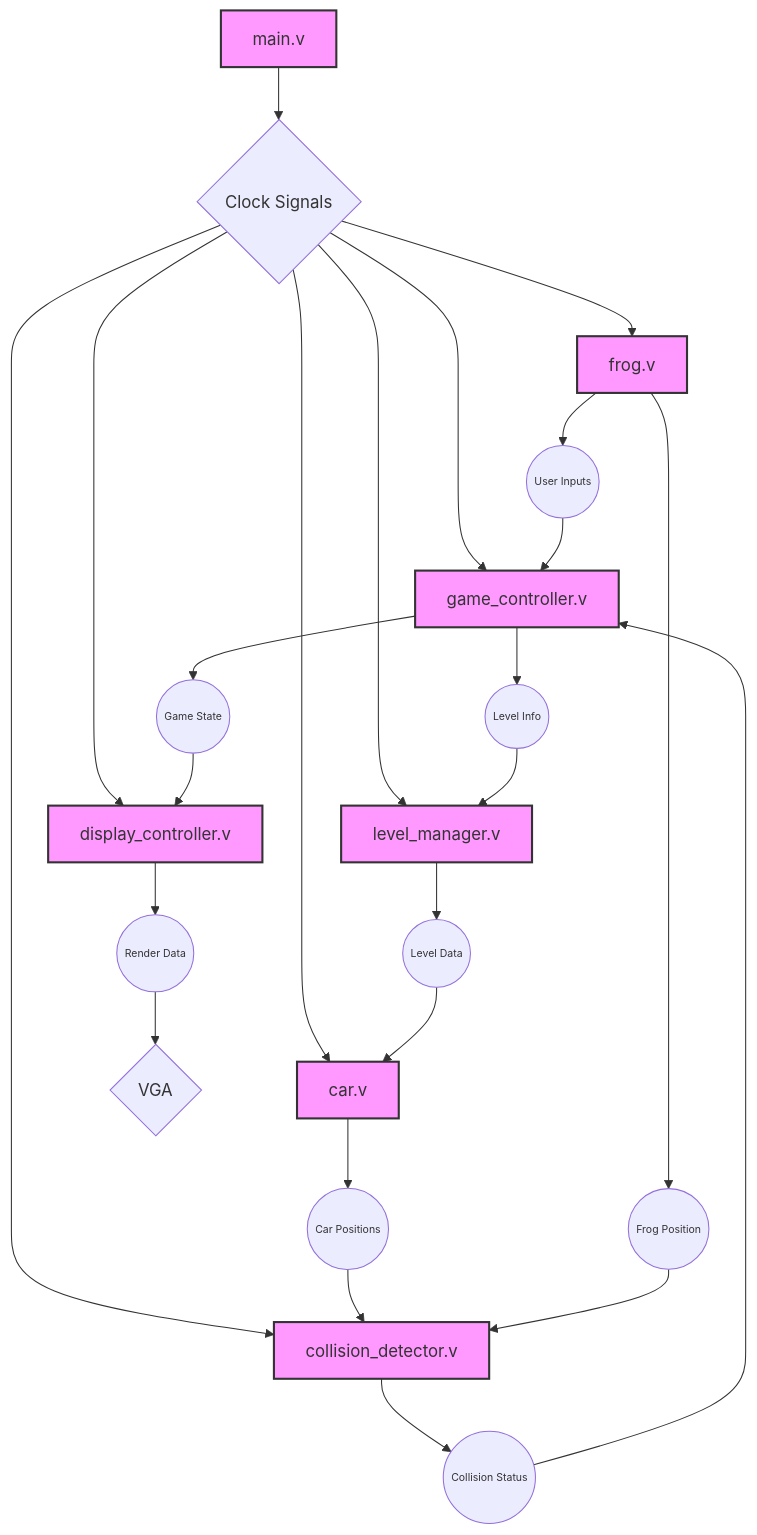
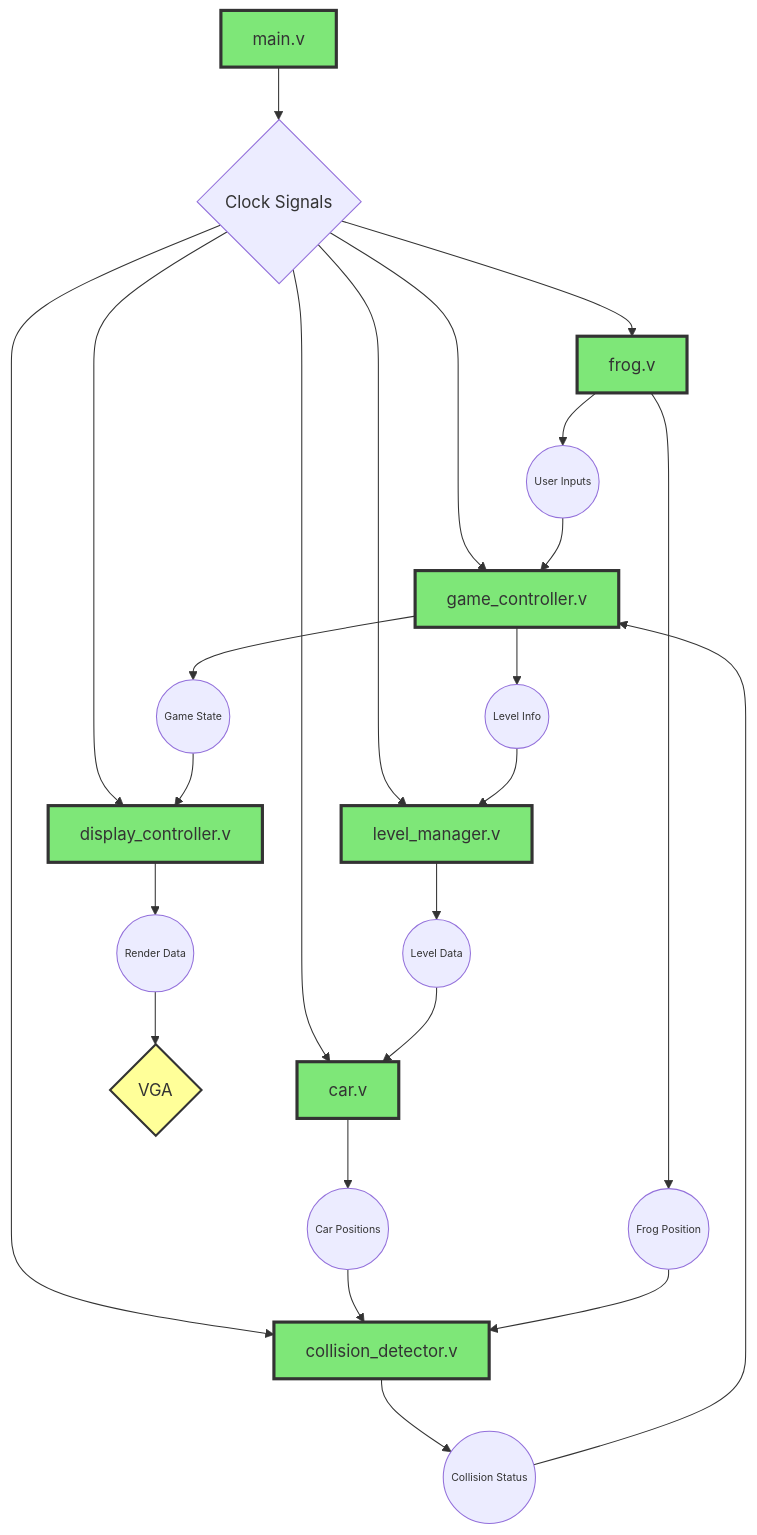
Before and after one commit to algosup/2024-2025-project-1-fpga-team-5: the diagram in Specification/Technical/TechnicalSpecification.md, drawn with Mermaid. The commit also changed other lines of this file, not shown here.

````diff
--- a/Specification/Technical/TechnicalSpecification.md
+++ b/Specification/Technical/TechnicalSpecification.md
@@ -257,21 +259,22 @@
 ```mermaid
-      graph TD;
-            A[main.v]:::highlight -->B{Clock Signals} --> C[frog.v]:::highlight;
-            B{Clock Signals} --> D[car.v]:::highlight;
-            B{Clock Signals} --> E[game_controller.v]:::highlight;
-            B{Clock Signals} --> F[display_controller.v]:::highlight;
-            B{Clock Signals} --> G[collision_detector.v]:::highlight;
-            B{Clock Signals} --> H[level_manager.v]:::highlight;
+graph TD;
+      A[main.v]:::highlight -->B{Clock Signals} --> C[frog.v]:::highlight;
+      B{Clock Signals} --> D[car.v]:::highlight;
+      B{Clock Signals} --> E[game_controller.v]:::highlight;
+      B{Clock Signals} --> F[display_controller.v]:::highlight;
+      B{Clock Signals} --> G[collision_detector.v]:::highlight;
+      B{Clock Signals} --> H[level_manager.v]:::highlight;
 
-            C[frog.v]:::highlight -->J((User Inputs)):::small --> E[game_controller.v]:::highlight;
-            D[car.v]:::highlight -->K((Car Positions)):::small --> G[collision_detector.v]:::highlight;
-            C[frog.v]:::highlight -->L((Frog Position)):::small --> G[collision_detector.v]:::highlight;
-            G[collision_detector.v]:::highlight -->M((Collision Status)):::small --> E[game_controller.v]:::highlight;
-            E[game_controller.v]:::highlight -->N((Game State)):::small --> F[display_controller.v]:::highlight;
-            E[game_controller.v]:::highlight -->P((Level Info)):::small --> H[level_manager.v]:::highlight;
-            H[level_manager.v]:::highlight -->Q((Level Data)):::small --> D[car.v]:::highlight;
-            F[display_controller.v]:::highlight -->R((Render Data)):::small -->I{VGA};
+      C[frog.v]:::highlight -->J((User Inputs)):::small --> E[game_controller.v]:::highlight;
+      D[car.v]:::highlight -->K((Car Positions)):::small --> G[collision_detector.v]:::highlight;
+      C[frog.v]:::highlight -->L((Frog Position)):::small --> G[collision_detector.v]:::highlight;
+      G[collision_detector.v]:::highlight -->M((Collision Status)):::small --> E[game_controller.v]:::highlight;
+      E[game_controller.v]:::highlight -->N((Game State)):::small --> F[display_controller.v]:::highlight;
+      E[game_controller.v]:::highlight -->P((Level Info)):::small --> H[level_manager.v]:::highlight;
+      H[level_manager.v]:::highlight -->Q((Level Data)):::small --> D[car.v]:::highlight;
+      F[display_controller.v]:::highlight -->R((Render Data)):::small -->I{VGA}:::vga;
 
-      classDef highlight fill:#f9f,stroke:#333,stroke-width:2px;
-      classDef small font-size:10px;
+classDef highlight fill:#7EE778,stroke:#333,stroke-width:3px;
+classDef small font-size:10px;
+classDef vga fill:#ff9,stroke:#333,stroke-width:2px;
 ```
````
